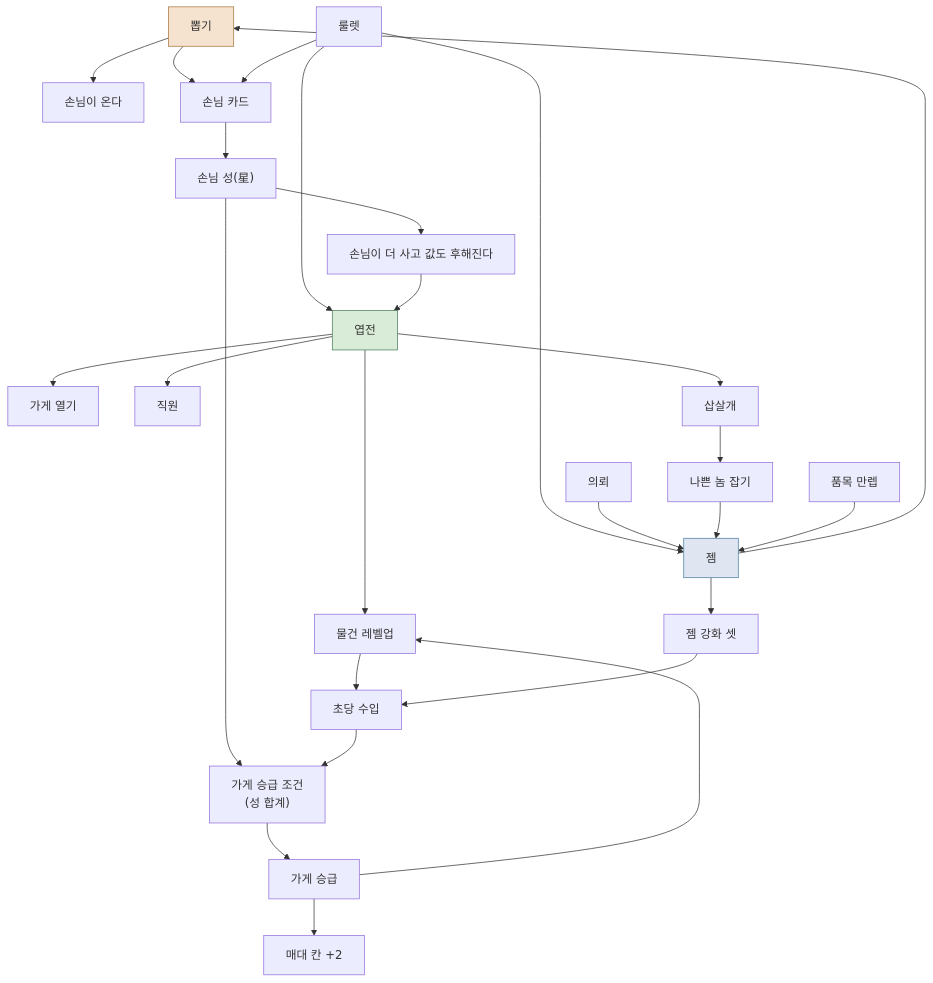
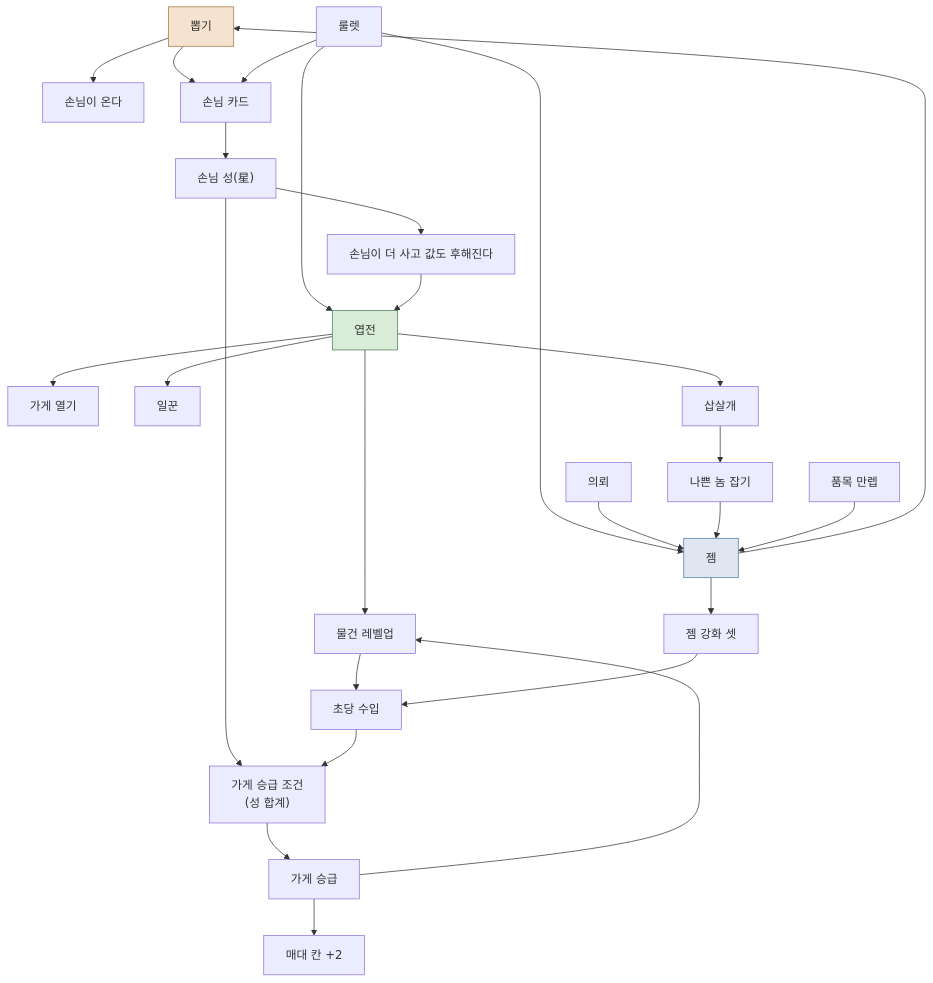
Before and after one commit to nonexpertchassi-creator/raccoon-hollow: the first of 2 diagrams in SYSTEMS.md, drawn with Mermaid. The commit also changed other lines of this file and 32 other files, not shown here.

````diff
--- a/SYSTEMS.md
+++ b/SYSTEMS.md
@@ -18,31 +18,31 @@
 ```mermaid
 flowchart TD
     GACHA["뽑기"] --> GUEST["손님이 온다"]
     GACHA --> CARD["손님 카드"]
     ROUL["룰렛"] --> CARD
     ROUL --> GEM["젬"]
     ROUL --> COIN["엽전"]
     CARD --> STAR["손님 성(星)"]
     STAR --> BUY["손님이 더 사고 값도 후해진다"]
     STAR --> RANKREQ["가게 승급 조건<br/>(성 합계)"]
     BUY --> COIN
     COIN --> LEVEL["물건 레벨업"]
     COIN --> OPENSHOP["가게 열기"]
-    COIN --> STAFF["직원"]
+    COIN --> STAFF["일꾼"]
     COIN --> DOG["삽살개"]
     LEVEL --> IPS["초당 수입"]
     IPS --> RANKREQ
     RANKREQ --> PROMOTE["가게 승급"]
     PROMOTE --> LEVEL
     PROMOTE --> STALL["매대 칸 +2"]
     QUEST["의뢰"] --> GEM
     PEST["나쁜 놈 잡기"] --> GEM
     MAXLV["품목 만렙"] --> GEM
     GEM --> GACHA
     GEM --> UPG["젬 강화 셋"]
     UPG --> IPS
     DOG --> PEST
     style GACHA fill:#f6e3cf,stroke:#a8763e
     style COIN fill:#d9ecd7,stroke:#4a7c59
     style GEM fill:#dfe6f2,stroke:#4a7c9e
 ```
````
